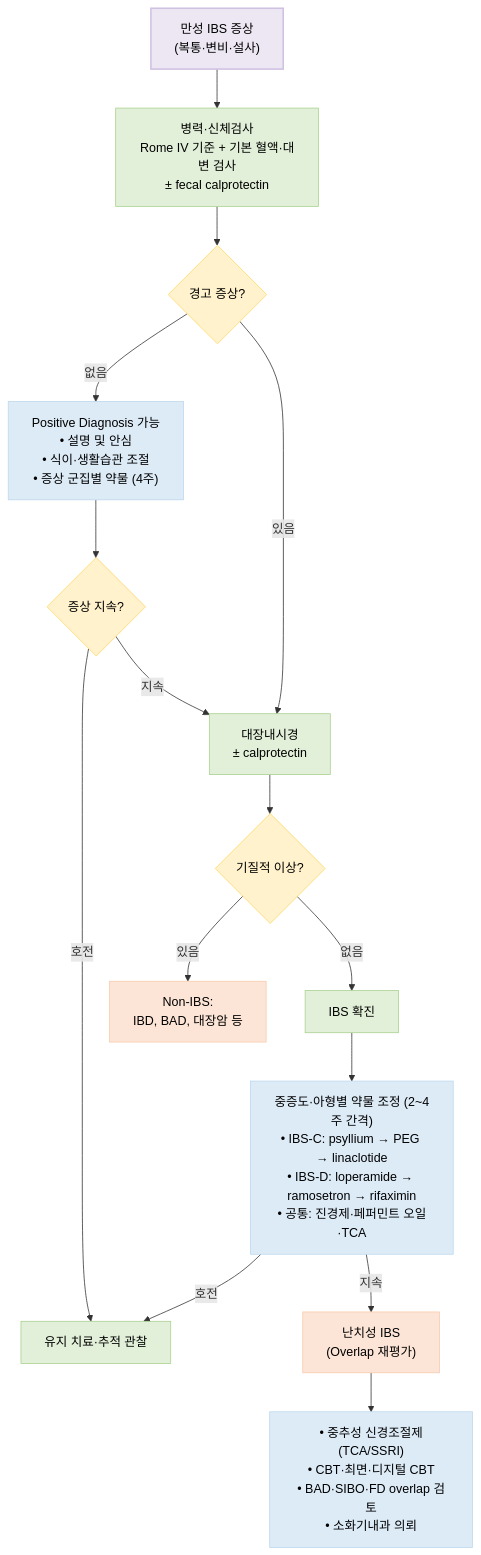
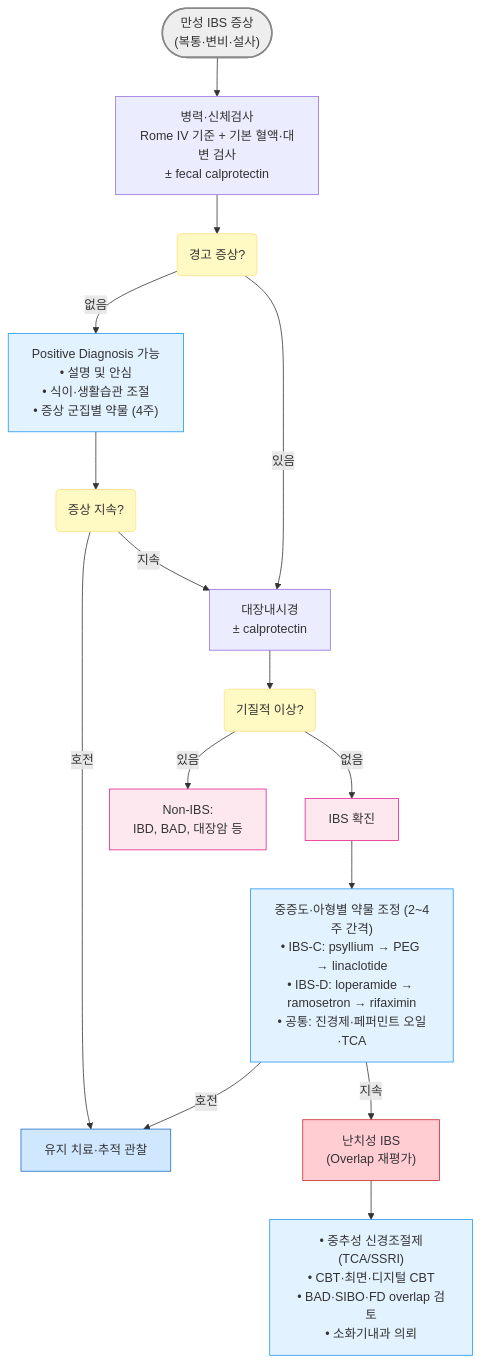
Before and after one commit to familyoh77/familyoh77: the first of 2 diagrams in 224_/087_-irritable-bowel-syndrome.md, drawn with Mermaid. The commit also changed other lines of this file, not shown here.

````diff
--- a/224_/087_-irritable-bowel-syndrome.md
+++ b/224_/087_-irritable-bowel-syndrome.md
@@ -167,44 +164,43 @@
 ```mermaid
 graph TD
-    classDef default fill:#fff,stroke:#333,stroke-width:1px,color:#000;
-    classDef top fill:#ECE7F2,stroke:#D0C1E3,stroke-width:2px;
-    classDef green fill:#E2F0D9,stroke:#A9D18E,stroke-width:1px;
-    classDef yellow fill:#FFF2CC,stroke:#FFD966,stroke-width:1px;
-    classDef red fill:#FCE4D6,stroke:#F8CBAD,stroke-width:1px;
-    classDef blue fill:#DDEBF7,stroke:#BDD7EE,stroke-width:1px;
-
-    Start["만성 IBS 증상<br>(복통·변비·설사)"]
+    Start(["만성 IBS 증상<br>(복통·변비·설사)"])
     Step1["병력·신체검사<br>Rome IV 기준 + 기본 혈액·대변 검사<br>± fecal calprotectin"]
-    Cond1{"경고 증상?"}
+    Cond1("경고 증상?")
     Sub1["Positive Diagnosis 가능<br>• 설명 및 안심<br>• 식이·생활습관 조절<br>• 증상 군집별 약물 (4주)"]
-    Cond2{"증상 지속?"}
+    Cond2("증상 지속?")
     Colonoscopy["대장내시경<br>± calprotectin"]
-    Cond3{"기질적 이상?"}
+    Cond3("기질적 이상?")
     NonIBS["Non-IBS:<br>IBD, BAD, 대장암 등"]
     IBS["IBS 확진"]
     End1["유지 치료·추적 관찰"]
     Treat1["중증도·아형별 약물 조정 (2~4주 간격)<br>• IBS-C: psyllium → PEG → linaclotide<br>• IBS-D: loperamide → ramosetron → rifaximin<br>• 공통: 진경제·페퍼민트 오일·TCA"]
     Refractory["난치성 IBS<br>(Overlap 재평가)"]
     Treat2["• 중추성 신경조절제(TCA/SSRI)<br>• CBT·최면·디지털 CBT<br>• BAD·SIBO·FD overlap 검토<br>• 소화기내과 의뢰"]
 
     Start --> Step1
     Step1 --> Cond1
     Cond1 -- "없음" --> Sub1
     Cond1 -- "있음" --> Colonoscopy
     Sub1 --> Cond2
     Cond2 -- "호전" --> End1
     Cond2 -- "지속" --> Colonoscopy
     Colonoscopy --> Cond3
     Cond3 -- "있음" --> NonIBS
     Cond3 -- "없음" --> IBS
     IBS --> Treat1
     Treat1 -- "호전" --> End1
     Treat1 -- "지속" --> Refractory
     Refractory --> Treat2
 
-    class Start top
-    class Step1,IBS,End1,Colonoscopy green
-    class Cond1,Cond2,Cond3 yellow
-    class NonIBS,Refractory red
-    class Sub1,Treat1,Treat2 blue
+style Start fill:#eeeeee,stroke:#888888,stroke-width:2px
+classDef yellow fill:#fff9c4,stroke:#ffe082
+class Cond3,Cond1,Cond2 yellow
+classDef sky fill:#e3f2ff,stroke:#2196f3
+class Sub1,Treat1,Treat2 sky
+classDef L_red fill:#ffcdd2,stroke:#c62828
+class Refractory L_red
+classDef blue fill:#d0e8ff,stroke:#1a6abf
+class End1 blue
+classDef pink fill:#fde8f0,stroke:#e91e8c
+class NonIBS,IBS pink
 ```
````
